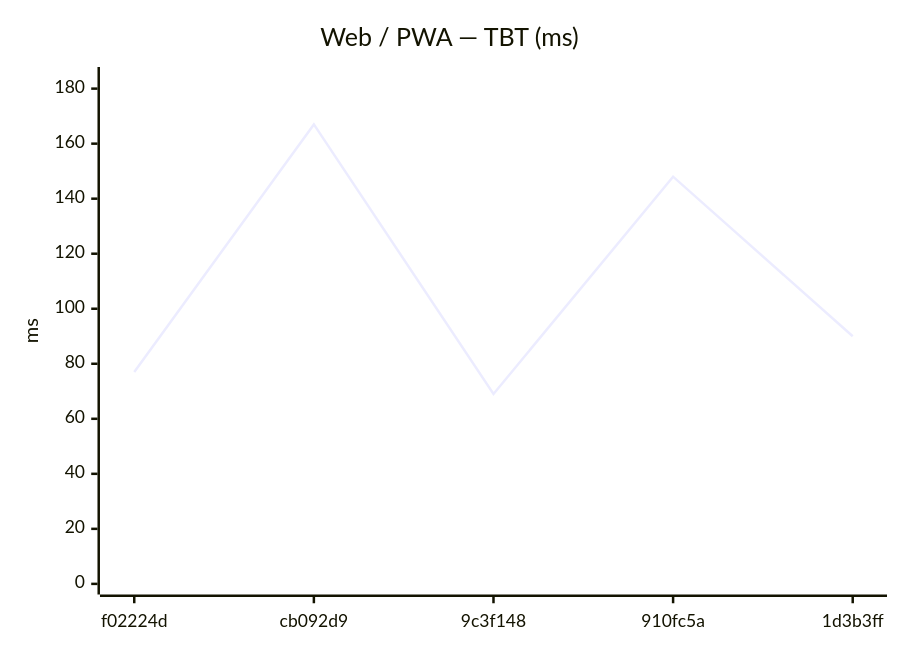
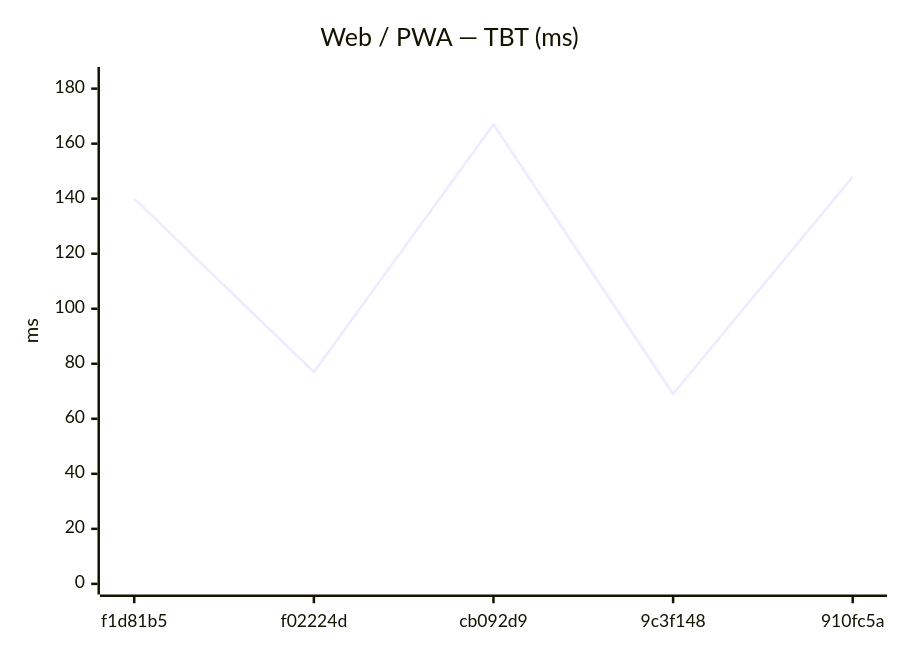
One commit to Metaheurist/Rianell changed the eighth of 18 diagrams in benchmarks/compare.md. Above: the diagram before and after it, drawn with Mermaid. The commit also changed other lines of this file and 11 other files, not shown here.

````diff
--- a/benchmarks/compare.md
+++ b/benchmarks/compare.md
@@ -124,7 +124,7 @@
 ```mermaid
 xychart-beta
     title "Web / PWA — TBT (ms)"
-    x-axis ["f02224d", "cb092d9", "9c3f148", "910fc5a", "1d3b3ff"]
+    x-axis ["f1d81b5", "f02224d", "cb092d9", "9c3f148", "910fc5a"]
     y-axis "ms" 0 --> 184
-    line [77, 167, 69, 148, 90]
+    line [140, 77, 167, 69, 148]
 ```
````
